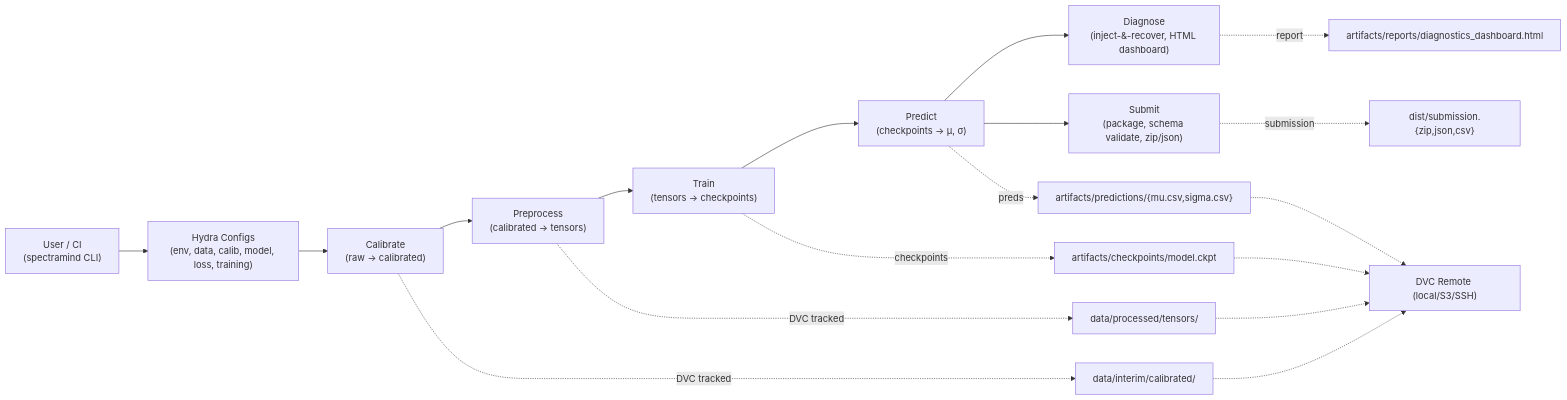
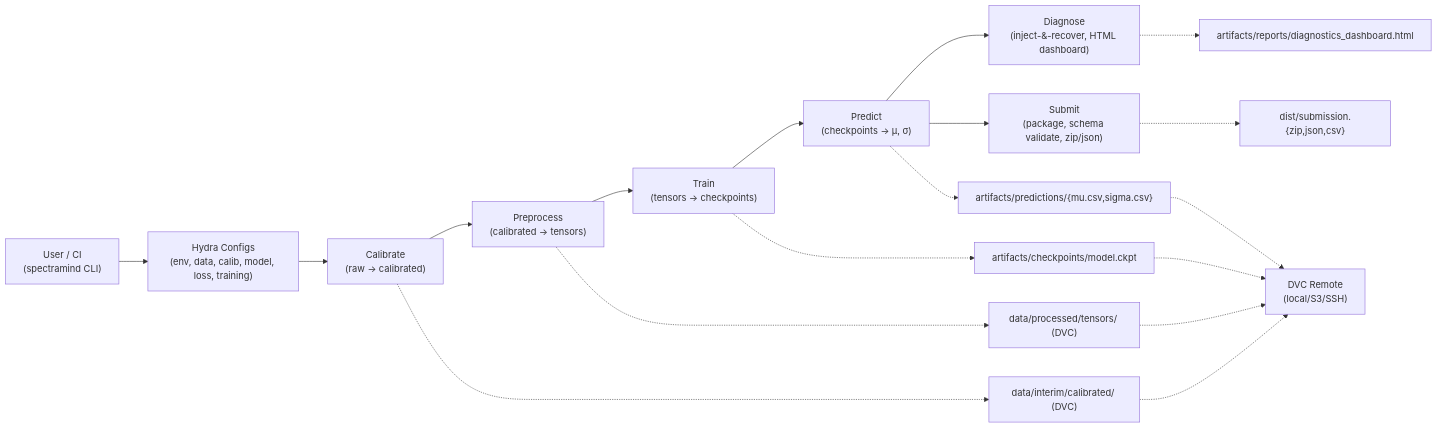
The diagram in docs/diagrams/pipeline.mmd (bartytime4life/SpectralMindV50), drawn with Mermaid before and after one commit.

Commit message:
Update pipeline diagram for better readability

```diff
--- a/docs/diagrams/pipeline.mmd
+++ b/docs/diagrams/pipeline.mmd
@@ -1,33 +1,33 @@
 flowchart LR
   %% =============================
   %% USER / CLI ENTRY
   %% =============================
-  A["User / CI\n(spectramind CLI)"] --> B["Hydra Configs\n(env, data, calib, model, loss, training)"]
+  A["User / CI<br/>(spectramind CLI)"] --> B["Hydra Configs<br/>(env, data, calib, model, loss, training)"]
 
   %% =============================
   %% PIPELINE STAGES
   %% =============================
-  B --> C["Calibrate\n(raw → calibrated)"]
-  C --> D["Preprocess\n(calibrated → tensors)"]
-  D --> E["Train\n(tensors → checkpoints)"]
-  E --> F["Predict\n(checkpoints → μ, σ)"]
-  F --> G["Diagnose\n(inject-&-recover, HTML dashboard)"]
-  F --> H["Submit\n(package, schema validate, zip/json)"]
+  B --> C["Calibrate<br/>(raw → calibrated)"]
+  C --> D["Preprocess<br/>(calibrated → tensors)"]
+  D --> E["Train<br/>(tensors → checkpoints)"]
+  E --> F["Predict<br/>(checkpoints → μ, σ)"]
+  F --> G["Diagnose<br/>(inject-&-recover, HTML dashboard)"]
+  F --> H["Submit<br/>(package, schema validate, zip/json)"]
 
   %% =============================
   %% ARTIFACTS & STORAGE
   %% =============================
-  C -. DVC tracked .-> Z["data/interim/calibrated/"]
-  D -. DVC tracked .-> Y["data/processed/tensors/"]
-  E -. checkpoints .-> X["artifacts/checkpoints/model.ckpt"]
-  F -. preds .-> W["artifacts/predictions/{mu.csv,sigma.csv}"]
-  G -. report .-> V["artifacts/reports/diagnostics_dashboard.html"]
-  H -. submission .-> U["dist/submission.{zip,json,csv}"]
+  C -.-> Z["data/interim/calibrated/ (DVC)"]
+  D -.-> Y["data/processed/tensors/ (DVC)"]
+  E -.-> X["artifacts/checkpoints/model.ckpt"]
+  F -.-> W["artifacts/predictions/{mu.csv,sigma.csv}"]
+  G -.-> V["artifacts/reports/diagnostics_dashboard.html"]
+  H -.-> U["dist/submission.{zip,json,csv}"]
 
   %% =============================
   %% REMOTE CACHE
   %% =============================
-  Z -.-> R["DVC Remote (local/S3/SSH)"]
+  Z -.-> R["DVC Remote<br/>(local/S3/SSH)"]
   Y -.-> R
   X -.-> R
   W -.-> R
```
